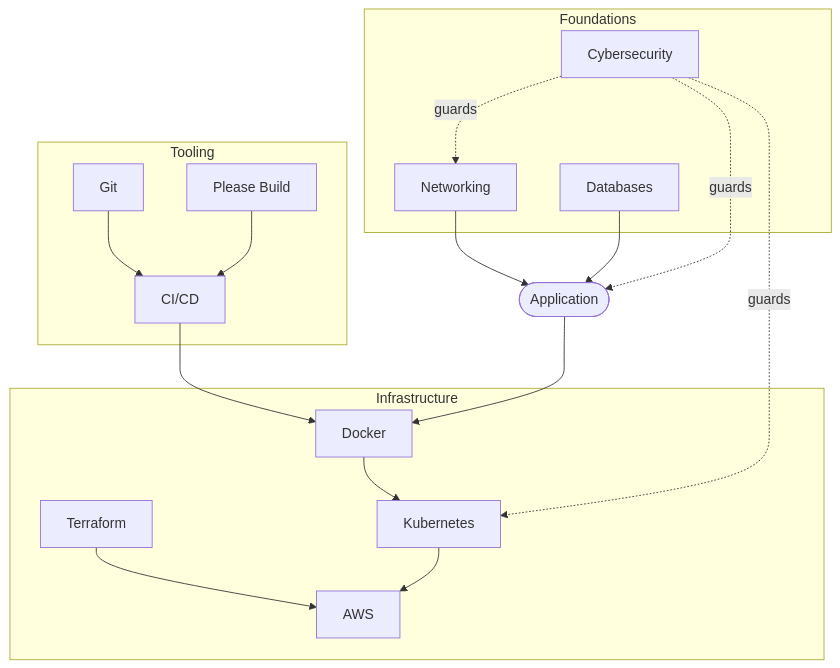
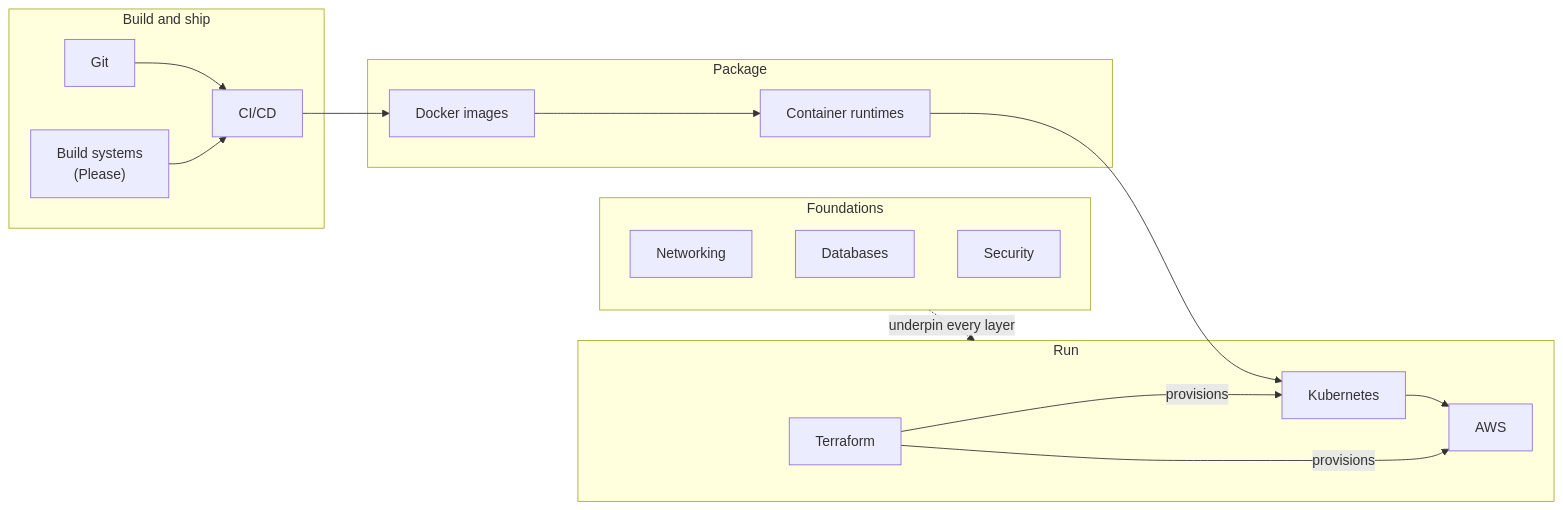
The diagram in github-pages/docs/technology/index.md (AndrewAltimit/Documentation), drawn with Mermaid before and after one commit. The commit also changed other lines of this file and 240 other files, not shown here.

````diff
--- a/github-pages/docs/technology/index.md
+++ b/github-pages/docs/technology/index.md
@@ -66,32 +20,25 @@
 ```mermaid
-flowchart TD
-    subgraph Foundations
-        NET[Networking]
-        DB[Databases]
-        SEC[Cybersecurity]
+flowchart LR
+    subgraph Build["Build and ship"]
+        GIT["Git"] --> CI["CI/CD"]
+        PLZ["Build systems<br/>(Please)"] --> CI
     end
-    subgraph Tooling
-        GIT[Git]
-        CI[CI/CD]
-        BUILD[Please Build]
+    subgraph Package["Package"]
+        IMG["Docker images"]
+        RT["Container runtimes"]
     end
-    subgraph Infrastructure
-        DOCKER[Docker]
-        K8S[Kubernetes]
-        TF[Terraform]
-        AWS[AWS]
+    subgraph Run["Run"]
+        K8S["Kubernetes"]
+        CLOUD["AWS"]
+        TF["Terraform"]
     end
-    APP([Application])
-    NET --> APP
-    DB --> APP
-    GIT --> CI
-    BUILD --> CI
-    CI --> DOCKER
-    DOCKER --> K8S
-    TF --> AWS
-    K8S --> AWS
-    APP --> DOCKER
-    SEC -.guards.-> APP
-    SEC -.guards.-> K8S
-    SEC -.guards.-> NET
+    subgraph Found["Foundations"]
+        NET["Networking"]
+        DB["Databases"]
+        SEC["Security"]
+    end
+    CI --> IMG --> RT --> K8S --> CLOUD
+    TF -->|"provisions"| CLOUD
+    TF -->|"provisions"| K8S
+    Found -.->|"underpin every layer"| Run
 ```
````
